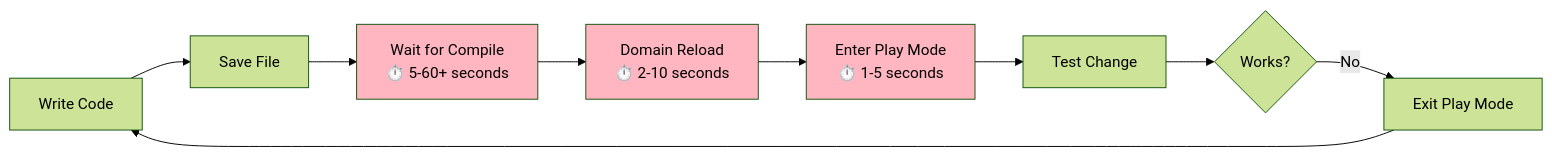
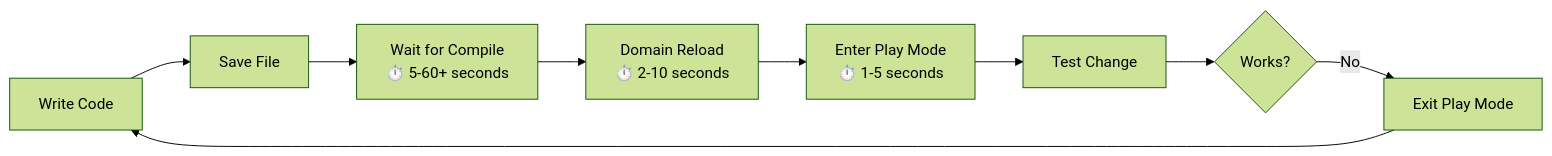
One commit to wallstop/unity-tips changed the first of 2 diagrams in docs/hot-reload/README.md. Above: the diagram before and after it, drawn with Mermaid (forest theme). The commit also changed other lines of this file and 27 other files, not shown here.

Commit message:
Convert ASCII diagrams to Mermaid format (#30)

````diff
--- a/docs/hot-reload/README.md
+++ b/docs/hot-reload/README.md
@@ -160,15 +160,12 @@
 ```mermaid
 graph LR
     A[Write Code] --> B[Save File]
     B --> C[Wait for Compile<br/>⏱️ 5-60+ seconds]
     C --> D[Domain Reload<br/>⏱️ 2-10 seconds]
     D --> E[Enter Play Mode<br/>⏱️ 1-5 seconds]
     E --> F[Test Change]
     F --> G{Works?}
     G -->|No| H[Exit Play Mode]
     H --> A
 
-    style C fill:#FFB6C1
-    style D fill:#FFB6C1
-    style E fill:#FFB6C1
 ```
````
